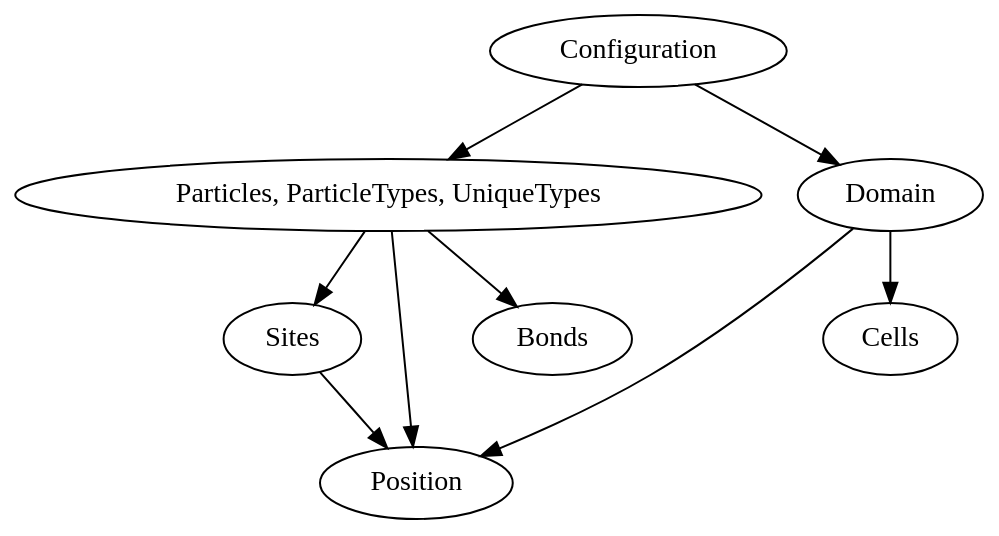
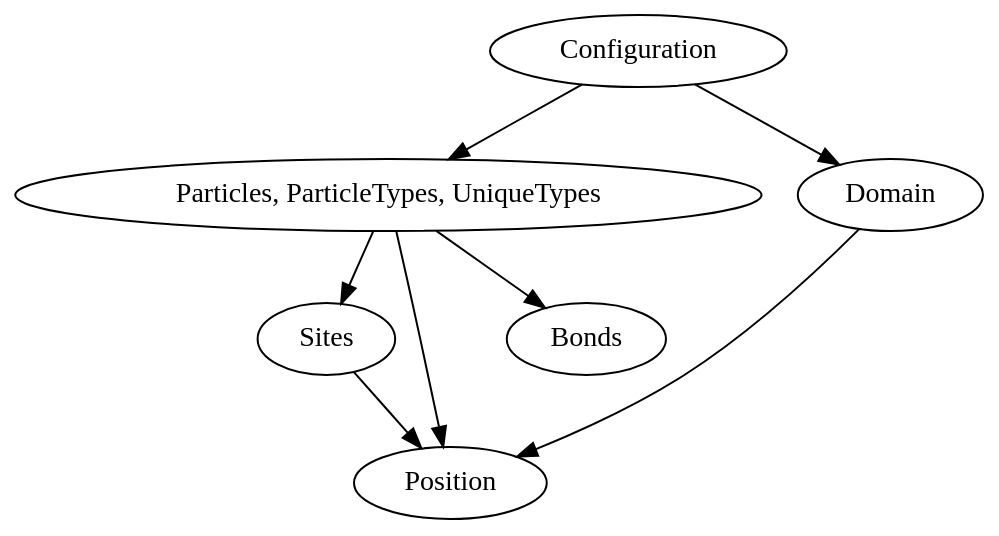
The diagram in plugin/configuration/doc/configuration.dot (usnistgov/feasst), drawn with Graphviz before and after one commit. The commit also changed 18 other files, not shown here.

```diff
--- a/plugin/configuration/doc/configuration.dot
+++ b/plugin/configuration/doc/configuration.dot
@@ -1,23 +1,21 @@
 digraph parallel {
   bgcolor=transparent
   sites [label="Sites"];
   parts [label="Particles, ParticleTypes, UniqueTypes"];
   domain [label="Domain"];
   configs [label="Configuration"];
   pos [label="Position"];
 
   configs -> parts
   configs -> domain
 
   parts -> sites
   parts -> Bonds
   //parts -> Angles
   //parts -> Dihedrals
   //parts -> Impropers
 
-  domain -> Cells
-
   parts -> pos
   domain -> pos
   sites -> pos
 }
```
